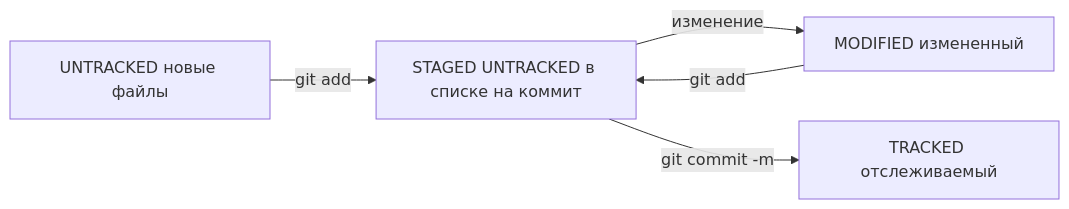
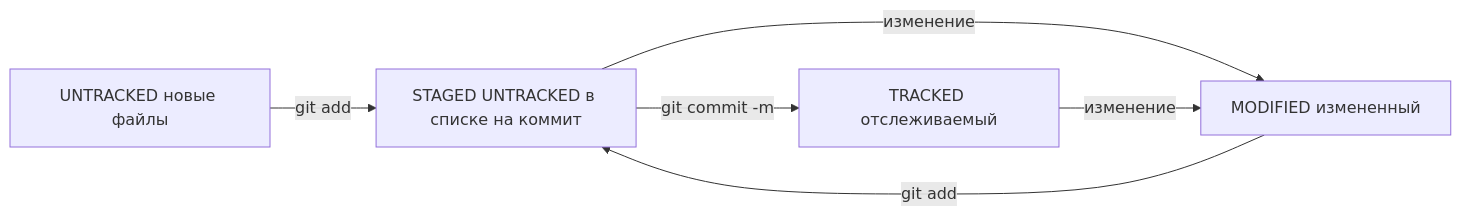
Before and after one commit to 01rbr/assistant-project: the diagram in README.md, drawn with Mermaid.

Commit message:
Тест формата Mermaid

````diff
--- a/README.md
+++ b/README.md
@@ -85,7 +85,8 @@
 ```mermaid
 graph LR;
    A[UNTRACKED новые файлы] -- "git add"--> B[STAGED UNTRACKED в списке на коммит];
    C[MODIFIED измененный] -- "git add"--> B[STAGED UNTRACKED в списке на коммит];
    B[STAGED UNTRACKED в списке на коммит] -- "изменение" --> C[MODIFIED измененный];
    B[STAGED UNTRACKED в списке на коммит] -- "git commit -m" --> D[TRACKED отслеживаемый];
+   D[TRACKED отслеживаемый] -- "изменение" --> C[MODIFIED измененный];
 ``` 
````
